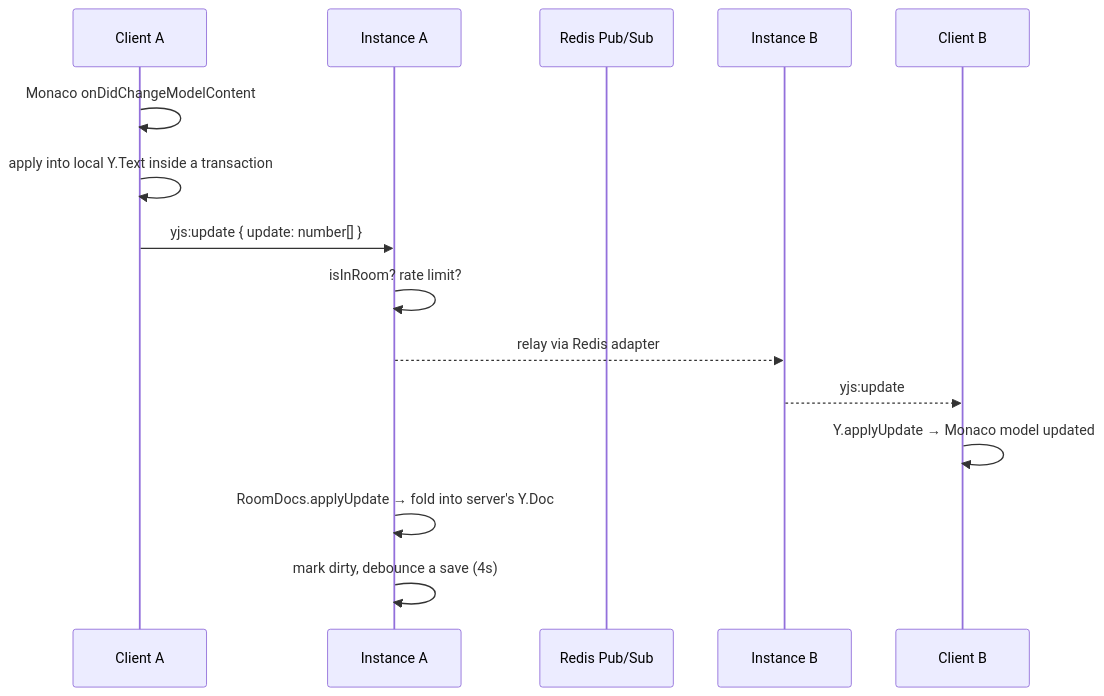
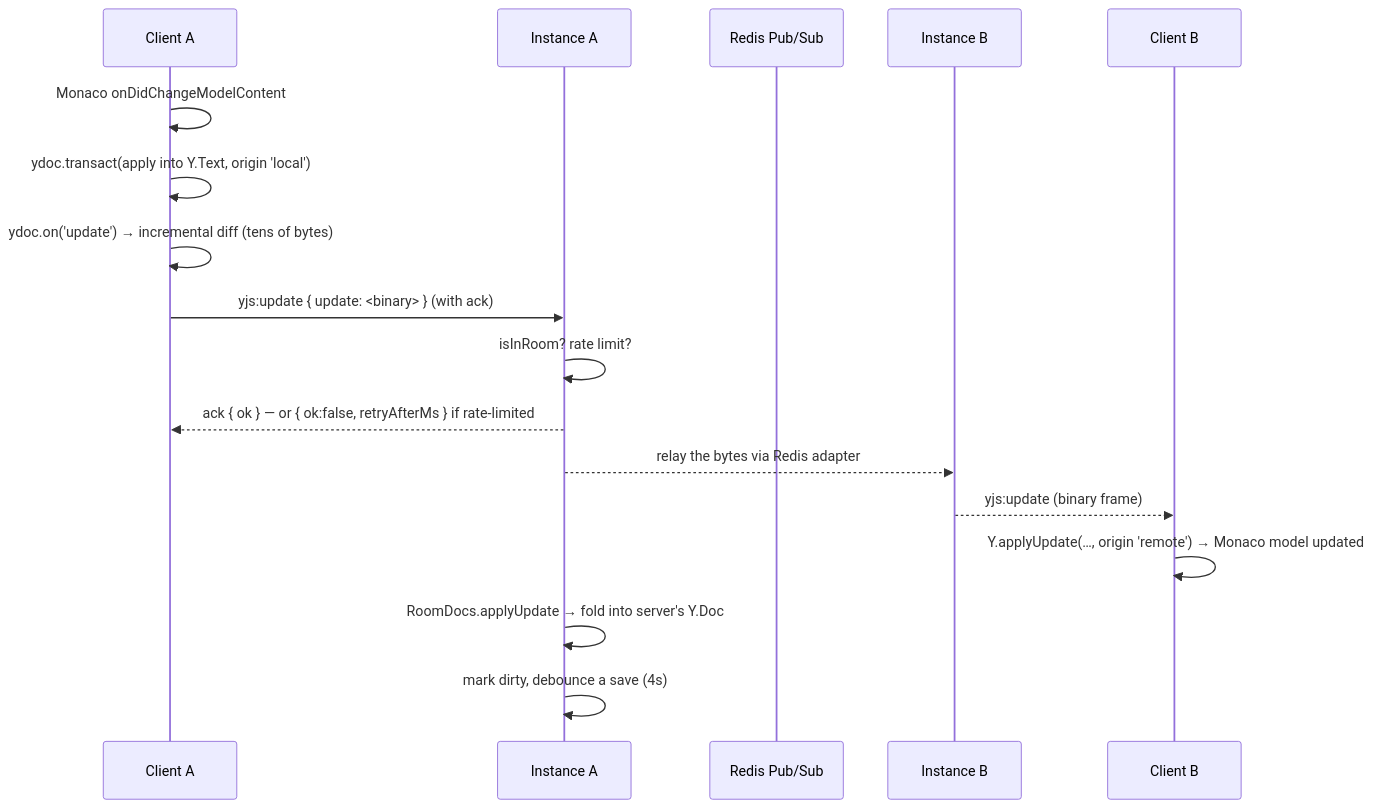
One commit to Parthgogia/CodeVerse changed the sixth of 10 diagrams in ARCHITECTURE.md. Above: the diagram before and after it, drawn with Mermaid. The commit also changed other lines of this file and 10 other files, not shown here.

Commit message:
yjs incremental updates

````diff
--- a/ARCHITECTURE.md
+++ b/ARCHITECTURE.md
@@ -369,18 +369,20 @@
 ```mermaid
 sequenceDiagram
     participant A as Client A
     participant SA as Instance A
     participant RDS as Redis Pub/Sub
     participant SB as Instance B
     participant B as Client B
 
     A->>A: Monaco onDidChangeModelContent
-    A->>A: apply into local Y.Text inside a transaction
-    A->>SA: yjs:update { update: number[] }
+    A->>A: ydoc.transact(apply into Y.Text, origin 'local')
+    A->>A: ydoc.on('update') → incremental diff (tens of bytes)
+    A->>SA: yjs:update { update: <binary> }  (with ack)
     SA->>SA: isInRoom? rate limit?
-    SA-->>SB: relay via Redis adapter
-    SB-->>B: yjs:update
-    B->>B: Y.applyUpdate → Monaco model updated
+    SA-->>A: ack { ok } — or { ok:false, retryAfterMs } if rate-limited
+    SA-->>SB: relay the bytes via Redis adapter
+    SB-->>B: yjs:update (binary frame)
+    B->>B: Y.applyUpdate(…, origin 'remote') → Monaco model updated
     SA->>SA: RoomDocs.applyUpdate → fold into server's Y.Doc
     SA->>SA: mark dirty, debounce a save (4s)
 ```
````
